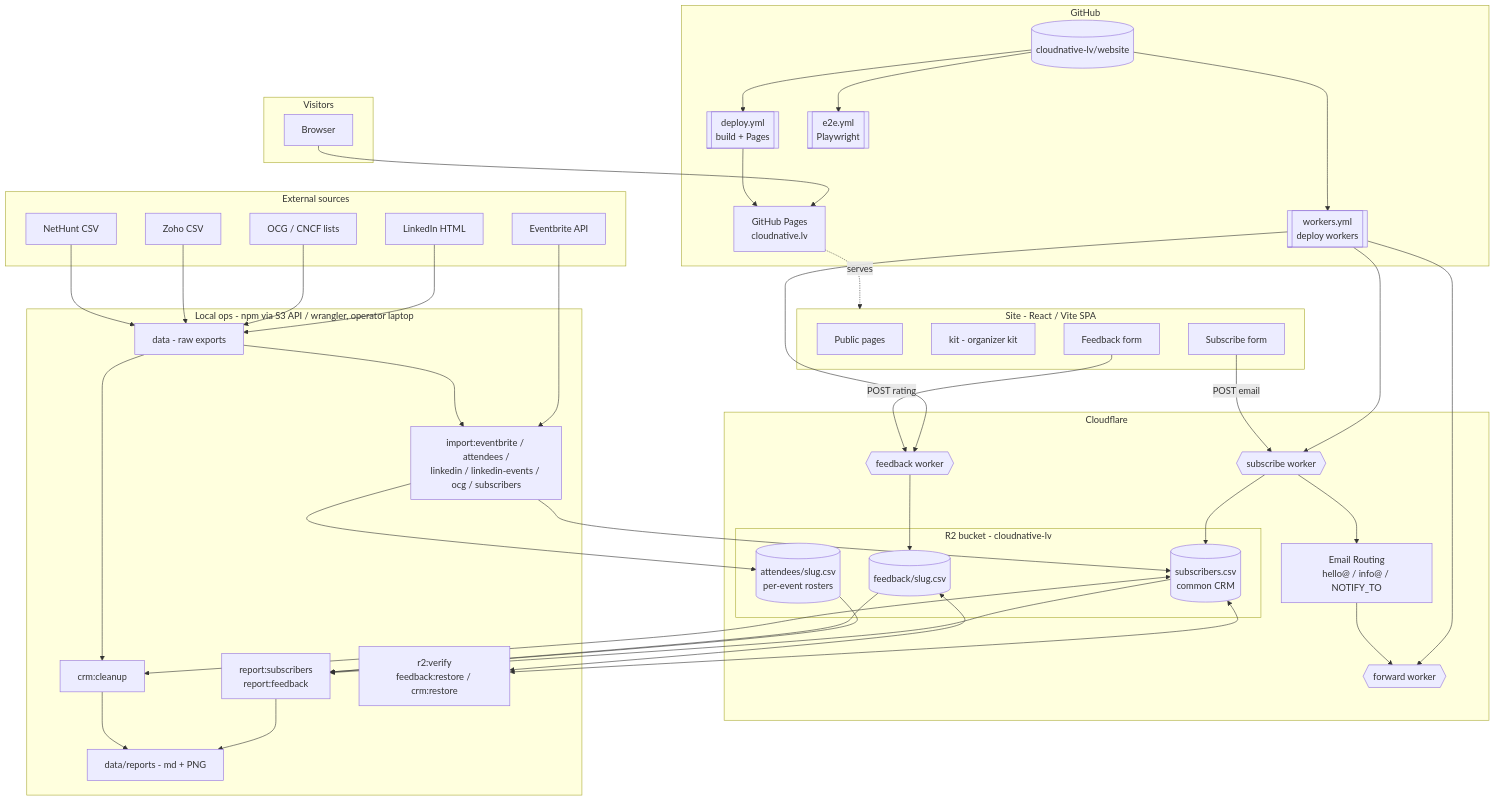
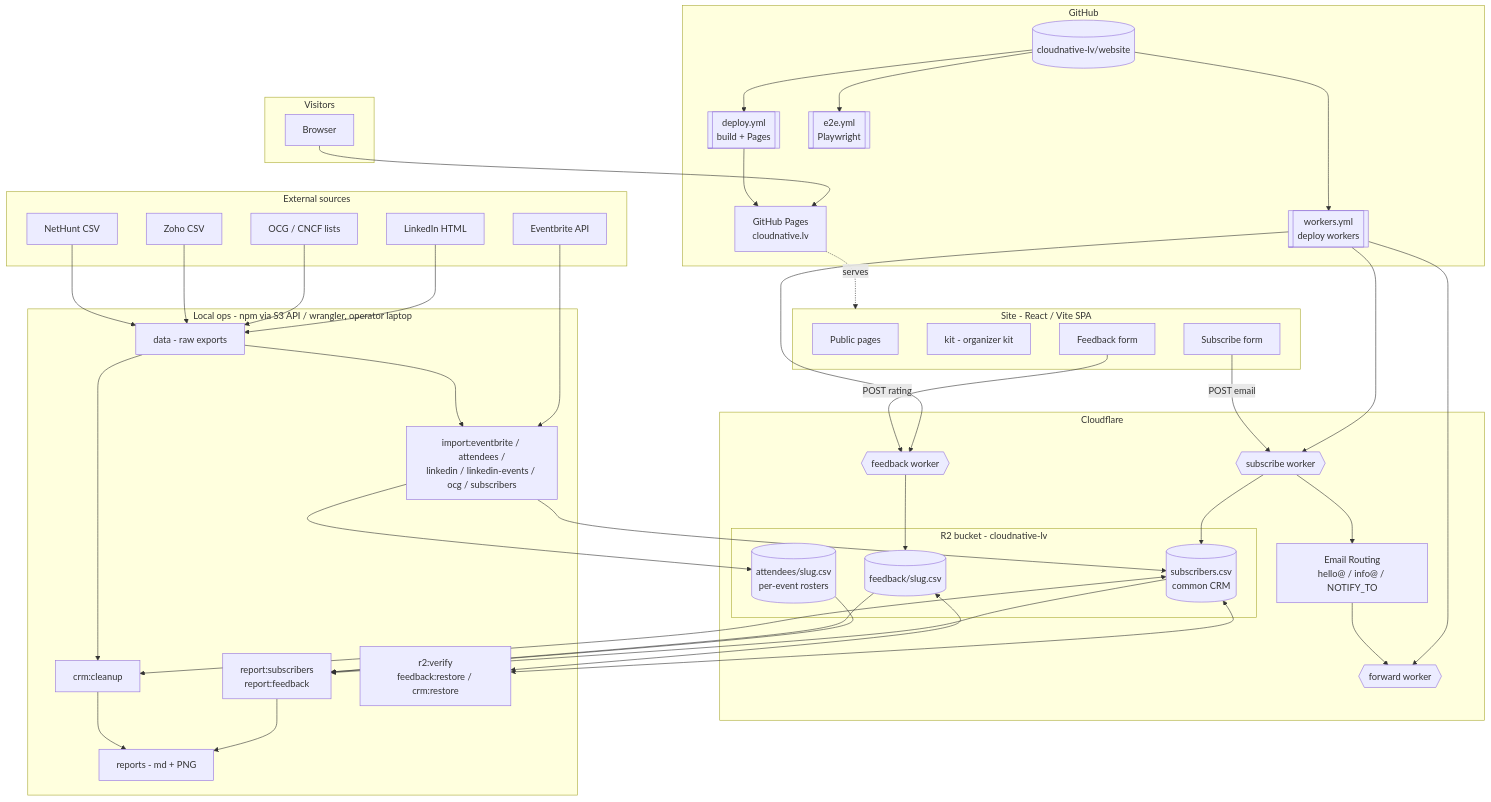
Before and after one commit to cloudnative-lv/website: the diagram in ARCH.md, drawn with Mermaid. The commit also changed other lines of this file and 10 other files, not shown here.

````diff
--- a/ARCH.md
+++ b/ARCH.md
@@ -8,79 +8,79 @@
 ```mermaid
 flowchart TD
   subgraph visitors[Visitors]
     V[Browser]
   end
 
   subgraph gh[GitHub]
     REPO[(cloudnative-lv/website)]
     DEPLOY[[deploy.yml<br/>build + Pages]]
     WORK[[workers.yml<br/>deploy workers]]
     E2E[[e2e.yml<br/>Playwright]]
     PAGES[GitHub Pages<br/>cloudnative.lv]
   end
 
   subgraph site[Site - React / Vite SPA]
     PUB[Public pages]
     KIT[kit - organizer kit]
     SFORM[Subscribe form]
     FFORM[Feedback form]
   end
 
   subgraph cf[Cloudflare]
     SUB{{subscribe worker}}
     FB{{feedback worker}}
     FWD{{forward worker}}
     ER[Email Routing<br/>hello@ / info@ / NOTIFY_TO]
     subgraph r2[R2 bucket - cloudnative-lv]
       CRM[(subscribers.csv<br/>common CRM)]
       ATT[(attendees/slug.csv<br/>per-event rosters)]
       FBK[(feedback/slug.csv)]
     end
   end
 
   subgraph ops[Local ops - npm via S3 API / wrangler, operator laptop]
     IMP[import:eventbrite / attendees /<br/>linkedin / linkedin-events / ocg / subscribers]
     REP[report:subscribers<br/>report:feedback]
     CLEAN[crm:cleanup]
     VERIFY[r2:verify<br/>feedback:restore / crm:restore]
     DATA[data - raw exports]
-    REPORTS[data/reports - md + PNG]
+    REPORTS[reports - md + PNG]
   end
 
   subgraph ext[External sources]
     EB[Eventbrite API]
     LI[LinkedIn HTML]
     OCGS[OCG / CNCF lists]
     ZO[Zoho CSV]
     NH[NetHunt CSV]
   end
 
   V --> PAGES
   PAGES -. serves .-> site
   REPO --> DEPLOY --> PAGES
   REPO --> WORK --> SUB & FB & FWD
   REPO --> E2E
 
   SFORM -->|POST email| SUB --> CRM
   SUB --> ER
   FFORM -->|POST rating| FB --> FBK
   ER --> FWD
 
   EB --> IMP
   LI --> DATA
   OCGS --> DATA
   ZO --> DATA
   NH --> DATA
   DATA --> IMP
   DATA --> CLEAN
   IMP --> CRM
   IMP --> ATT
   CRM --> REP
   ATT --> REP
   FBK --> REP
   CRM <--> CLEAN
   CRM <--> VERIFY
   FBK <--> VERIFY
   REP --> REPORTS
   CLEAN --> REPORTS
 ```
````
